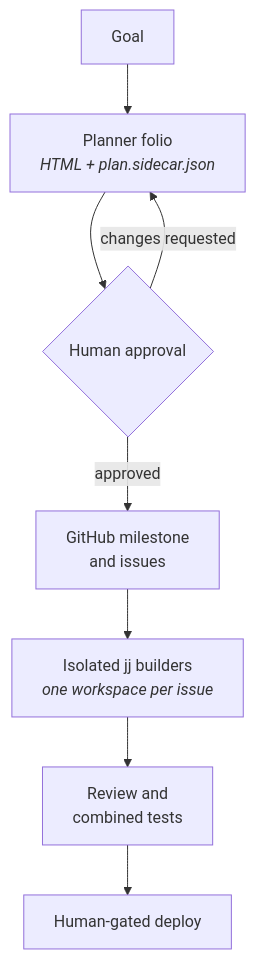
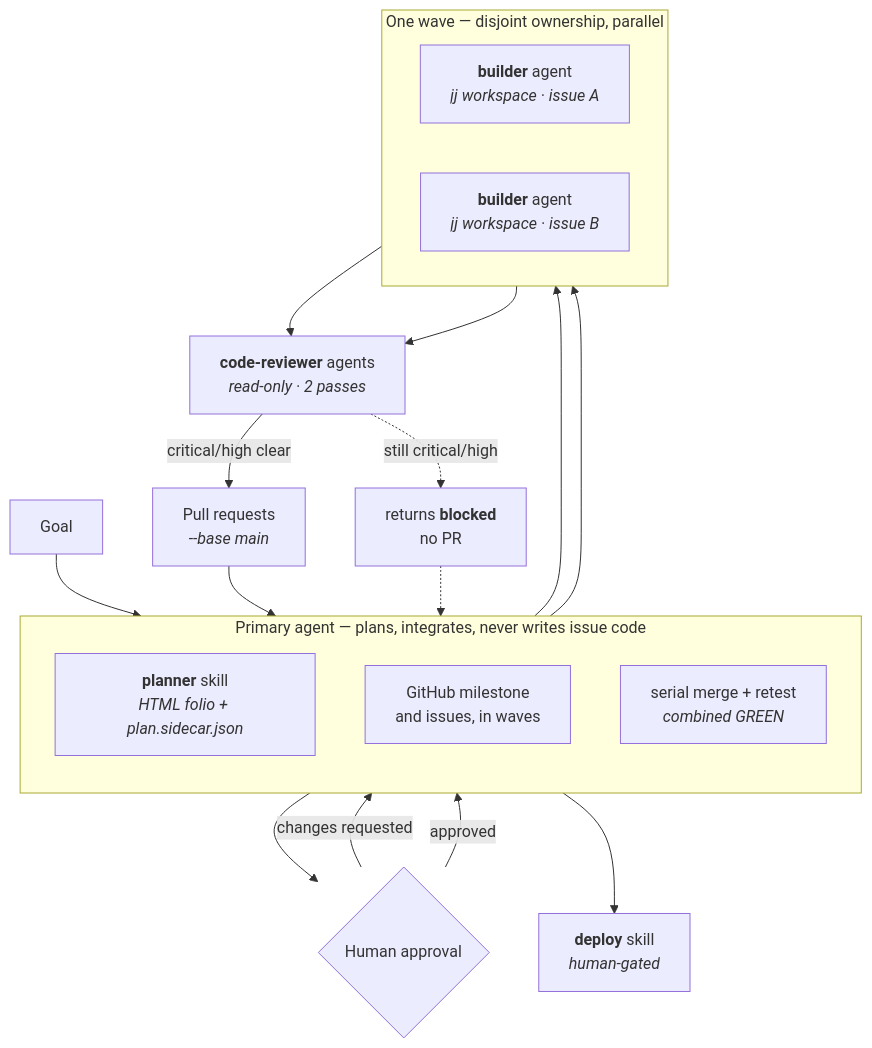
One commit to anvil008/nova changed the first of 3 diagrams in README.md. Above: the diagram before and after it, drawn with Mermaid. The commit also changed other lines of this file and 4 other files, not shown here.

First line of the commit message:
docs(builder): pin PR base to main and document the agent flow and TDD gates

````diff
--- a/README.md
+++ b/README.md
@@ -62,18 +62,35 @@
 ```mermaid
 flowchart TB
     Goal["Goal"]
-    Plan["Planner folio<br/><i>HTML + plan.sidecar.json</i>"]
+
+    subgraph primary["Primary agent — plans, integrates, never writes issue code"]
+        direction TB
+        Plan["<b>planner</b> skill<br/><i>HTML folio + plan.sidecar.json</i>"]
+        Issues["GitHub milestone<br/>and issues, in waves"]
+        Integrate["serial merge + retest<br/><i>combined GREEN</i>"]
+    end
+
     Gate{"Human approval"}
-    Issues["GitHub milestone<br/>and issues"]
-    Builders["Isolated jj builders<br/><i>one workspace per issue</i>"]
-    Verify["Review and<br/>combined tests"]
-    Ship["Human-gated deploy"]
+
+    subgraph wave["One wave — disjoint ownership, parallel"]
+        direction LR
+        B1["<b>builder</b> agent<br/><i>jj workspace · issue A</i>"]
+        B2["<b>builder</b> agent<br/><i>jj workspace · issue B</i>"]
+    end
+
+    R1["<b>code-reviewer</b> agents<br/><i>read-only · 2 passes</i>"]
+    PRs["Pull requests<br/><i>--base main</i>"]
+    Ship["<b>deploy</b> skill<br/><i>human-gated</i>"]
 
     Goal --> Plan
     Plan --> Gate
     Gate -->|changes requested| Plan
     Gate -->|approved| Issues
-    Issues --> Builders
-    Builders --> Verify
-    Verify --> Ship
+    Issues --> B1 & B2
+    B1 & B2 --> R1
+    R1 -->|"critical/high clear"| PRs
+    R1 -.->|"still critical/high"| Blocked["returns <b>blocked</b><br/>no PR"]
+    PRs --> Integrate
+    Blocked -.-> Issues
+    Integrate --> Ship
 ```
````
